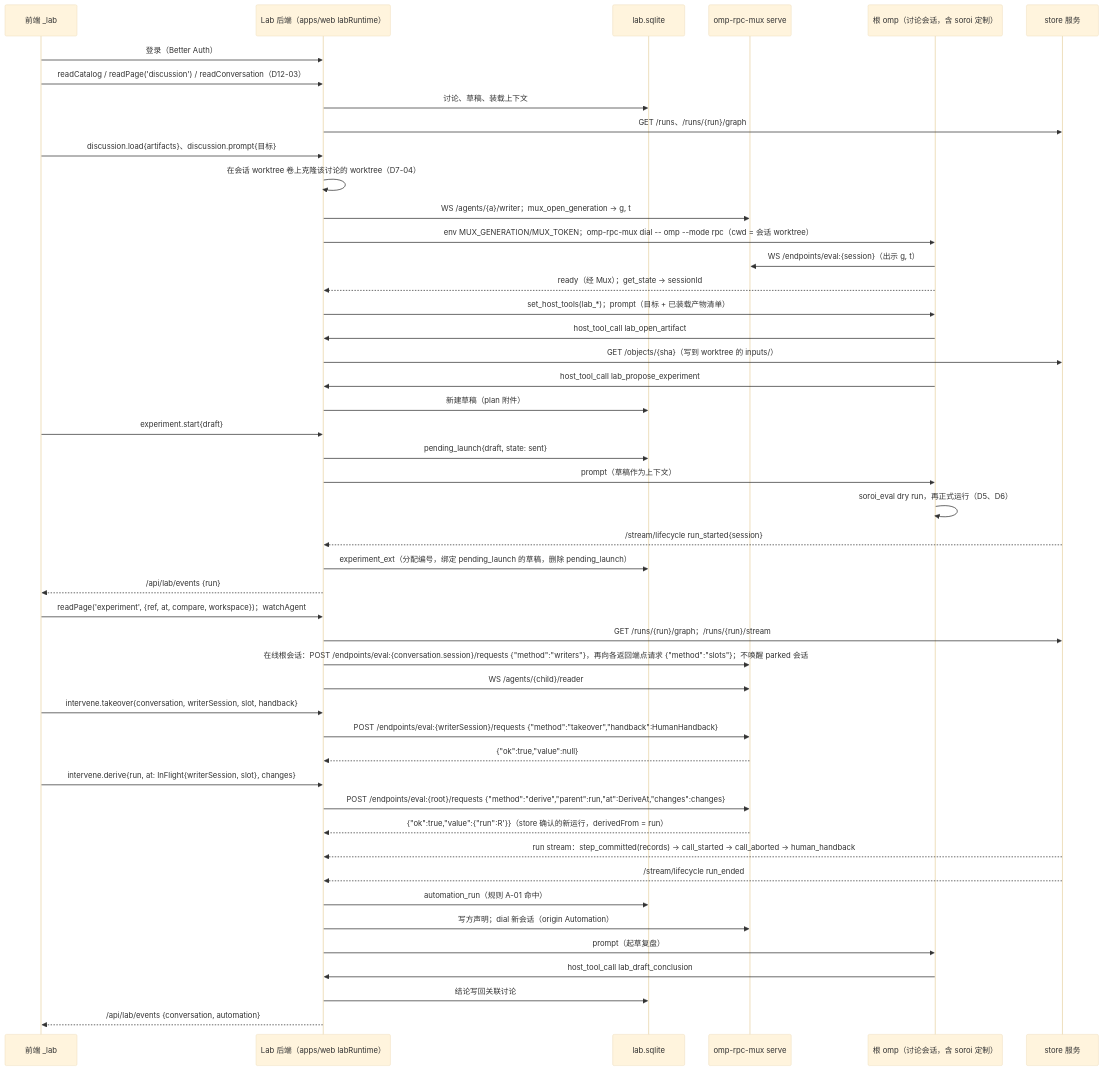
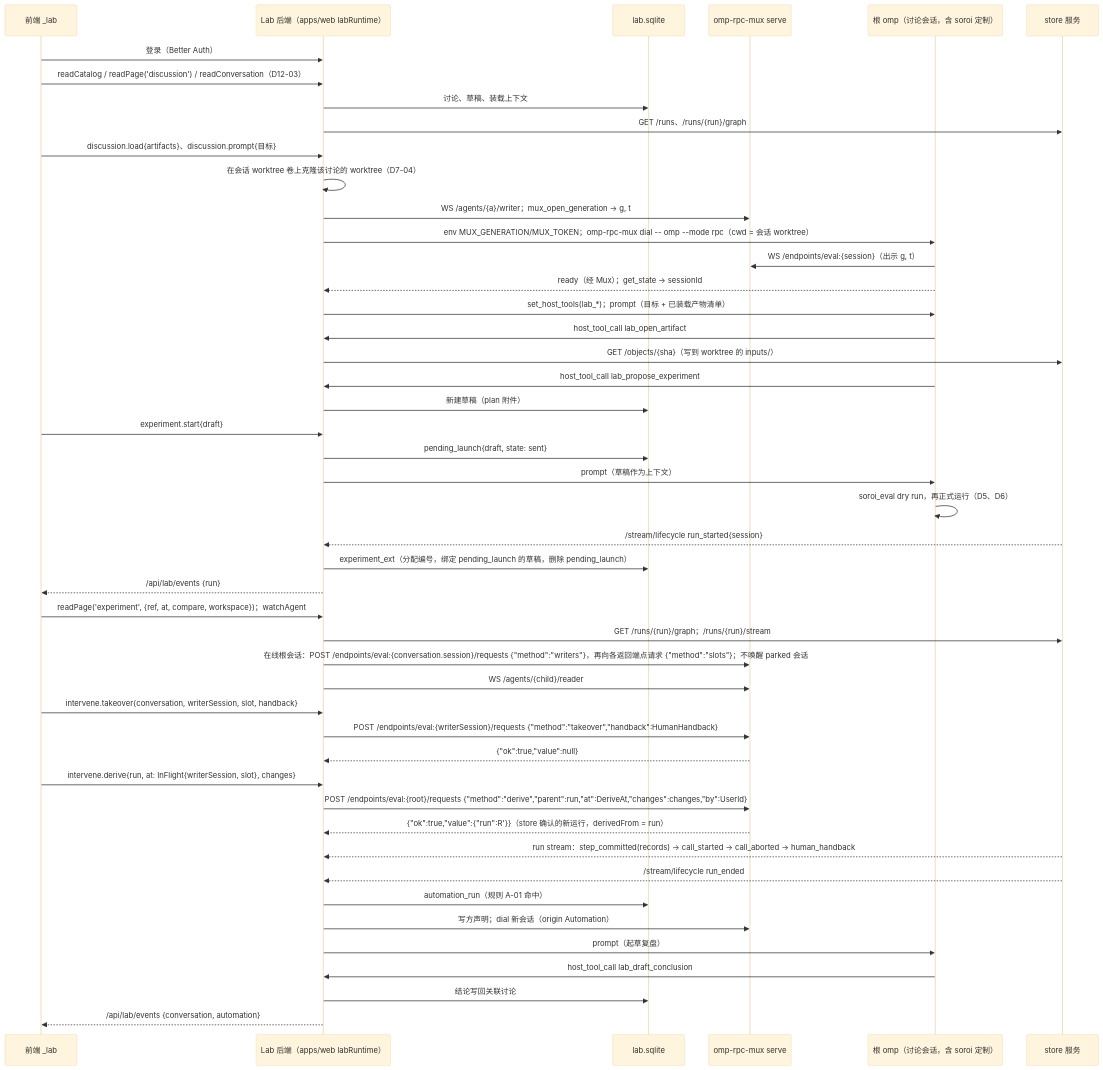
One commit to Pepgent/PM changed the diagram in evidence/decisions/D7-lab-backend.md. Above: the diagram before and after it, drawn with Mermaid (base theme). The commit also changed other lines of this file and 5 other files, not shown here.

````diff
--- a/evidence/decisions/D7-lab-backend.md
+++ b/evidence/decisions/D7-lab-backend.md
@@ -166,49 +166,49 @@
 ```mermaid
 sequenceDiagram
     participant UI as 前端 _lab
     participant LAB as Lab 后端（apps/web labRuntime）
     participant DB as lab.sqlite
     participant MUX as omp-rpc-mux serve
     participant O as 根 omp（讨论会话，含 soroi 定制）
     participant ST as store 服务
     UI->>LAB: 登录（Better Auth）
     UI->>LAB: readCatalog / readPage('discussion') / readConversation（D12-03）
     LAB->>DB: 讨论、草稿、装载上下文
     LAB->>ST: GET /runs、/runs/{run}/graph
     UI->>LAB: discussion.load{artifacts}、discussion.prompt{目标}
     LAB->>LAB: 在会话 worktree 卷上克隆该讨论的 worktree（D7-04）
     LAB->>MUX: WS /agents/{a}/writer；mux_open_generation → g, t
     LAB->>O: env MUX_GENERATION/MUX_TOKEN；omp-rpc-mux dial -- omp --mode rpc（cwd = 会话 worktree）
     O->>MUX: WS /endpoints/eval:{session}（出示 g, t）
     O-->>LAB: ready（经 Mux）；get_state → sessionId
     LAB->>O: set_host_tools(lab_*)；prompt（目标 + 已装载产物清单）
     O->>LAB: host_tool_call lab_open_artifact
     LAB->>ST: GET /objects/{sha}（写到 worktree 的 inputs/）
     O->>LAB: host_tool_call lab_propose_experiment
     LAB->>DB: 新建草稿（plan 附件）
     UI->>LAB: experiment.start{draft}
     LAB->>DB: pending_launch{draft, state: sent}
     LAB->>O: prompt（草稿作为上下文）
     O->>O: soroi_eval dry run，再正式运行（D5、D6）
     ST-->>LAB: /stream/lifecycle run_started{session}
     LAB->>DB: experiment_ext（分配编号，绑定 pending_launch 的草稿，删除 pending_launch）
     LAB-->>UI: /api/lab/events {run}
     UI->>LAB: readPage('experiment', {ref, at, compare, workspace})；watchAgent
     LAB->>ST: GET /runs/{run}/graph；/runs/{run}/stream
     LAB->>MUX: 在线根会话：POST /endpoints/eval:{conversation.session}/requests {"method":"writers"}，再向各返回端点请求 {"method":"slots"}；不唤醒 parked 会话
     LAB->>MUX: WS /agents/{child}/reader
     UI->>LAB: intervene.takeover{conversation, writerSession, slot, handback}
     LAB->>MUX: POST /endpoints/eval:{writerSession}/requests {"method":"takeover","handback":HumanHandback}
     MUX-->>LAB: {"ok":true,"value":null}
     UI->>LAB: intervene.derive{run, at: InFlight{writerSession, slot}, changes}
-    LAB->>MUX: POST /endpoints/eval:{root}/requests {"method":"derive","parent":run,"at":DeriveAt,"changes":changes}
+    LAB->>MUX: POST /endpoints/eval:{root}/requests {"method":"derive","parent":run,"at":DeriveAt,"changes":changes,"by":UserId}
     MUX-->>LAB: {"ok":true,"value":{"run":R'}}（store 确认的新运行，derivedFrom = run）
     ST-->>LAB: run stream：step_committed(records) → call_started → call_aborted → human_handback
     ST-->>LAB: /stream/lifecycle run_ended
     LAB->>DB: automation_run（规则 A-01 命中）
     LAB->>MUX: 写方声明；dial 新会话（origin Automation）
     LAB->>O: prompt（起草复盘）
     O->>LAB: host_tool_call lab_draft_conclusion
     LAB->>DB: 结论写回关联讨论
     LAB-->>UI: /api/lab/events {conversation, automation}
 ```
````
